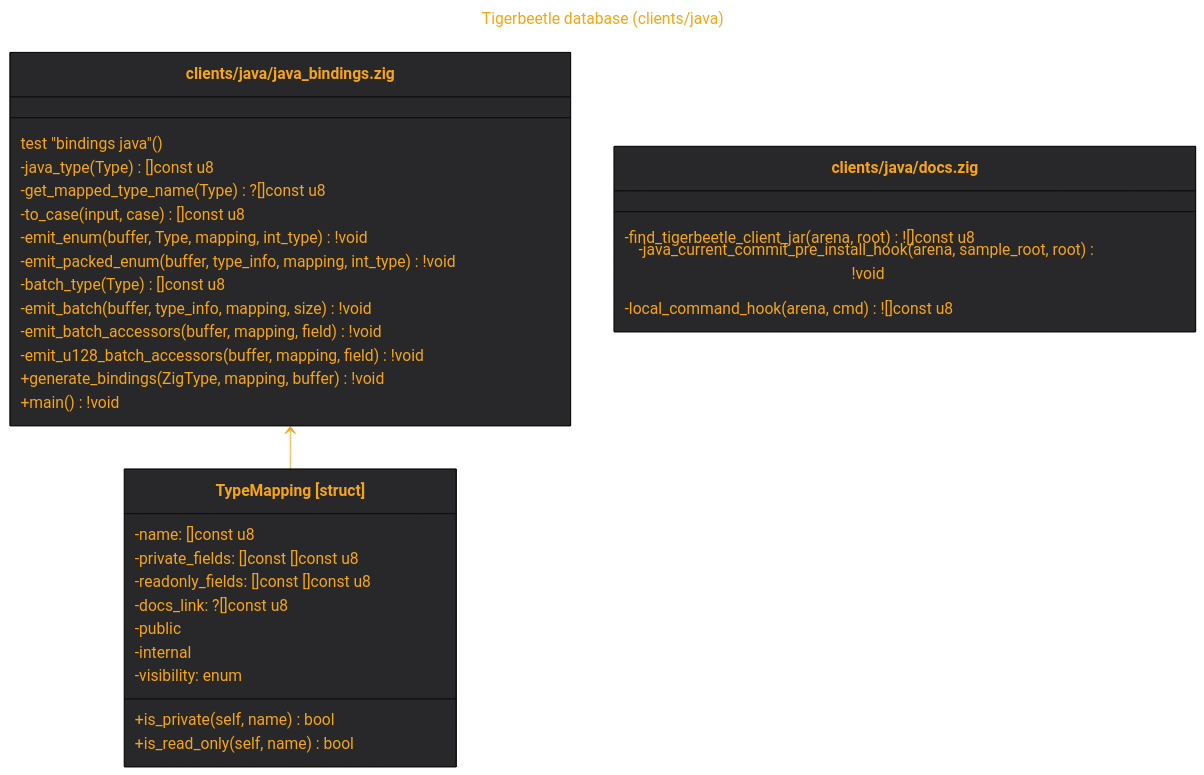
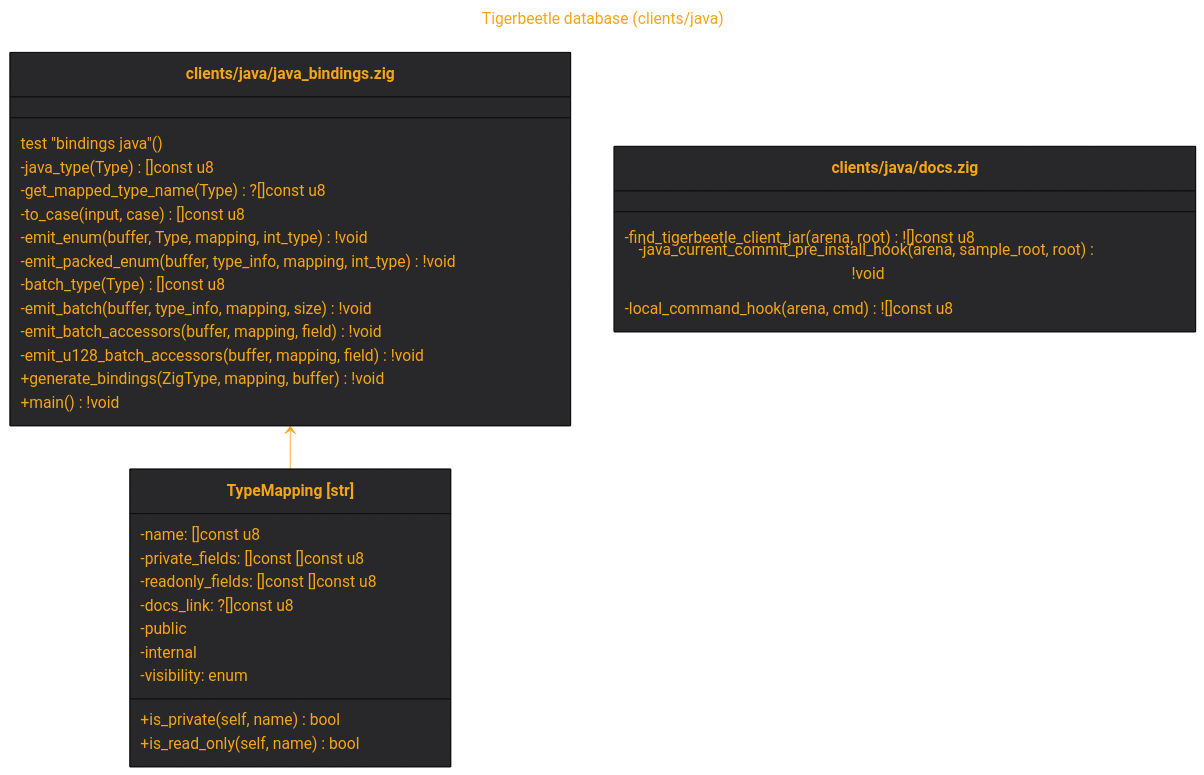
One commit to tensorush/meduza changed the diagram in out/src.clients.java.md. Above: the diagram before and after it, drawn with Mermaid. The commit also changed 17 other files, not shown here.

````diff
--- a/out/src.clients.java.md
+++ b/out/src.clients.java.md
@@ -1,52 +1,52 @@
 ```mermaid
 ---
 title: Tigerbeetle database (clients/java)
 ---
 %%{
     init: {
         'theme': 'base',
         'themeVariables': {
             'fontSize': '18px',
             'fontFamily': 'arial',
             'lineColor': '#F6A516',
             'primaryColor': '#28282B',
             'primaryTextColor': '#F6A516'
         }
     }
 }%%
 classDiagram
-class TypeMapping["TypeMapping [struct]"] {
+class TypeMapping["TypeMapping [str]"] {
     -name: []const u8
     -private_fields: []const []const u8
     -readonly_fields: []const []const u8
     -docs_link: ?[]const u8
     -public
     -internal
     -visibility: enum
     +is_private(self, name) bool
     +is_read_only(self, name) bool
 }
 link TypeMapping "https://github.com/tigerbeetle/tigerbeetle/blob/main/src/clients/java/java_bindings.zig#L10"
 class `clients/java/java_bindings.zig` {
     test "bindings java"()
     -java_type(Type) []const u8
     -get_mapped_type_name(Type) ?[]const u8
     -to_case(input, case) []const u8
     -emit_enum(buffer, Type, mapping, int_type) !void
     -emit_packed_enum(buffer, type_info, mapping, int_type) !void
     -batch_type(Type) []const u8
     -emit_batch(buffer, type_info, mapping, size) !void
     -emit_batch_accessors(buffer, mapping, field) !void
     -emit_u128_batch_accessors(buffer, mapping, field) !void
     +generate_bindings(ZigType, mapping, buffer) !void
     +main() !void
 }
 `clients/java/java_bindings.zig` <-- TypeMapping
 link `clients/java/java_bindings.zig` "https://github.com/tigerbeetle/tigerbeetle/blob/main/src/clients/java/java_bindings.zig"
 class `clients/java/docs.zig` {
     -find_tigerbeetle_client_jar(arena, root) ![]const u8
     -java_current_commit_pre_install_hook(arena, sample_root, root) !void
     -local_command_hook(arena, cmd) ![]const u8
 }
 link `clients/java/docs.zig` "https://github.com/tigerbeetle/tigerbeetle/blob/main/src/clients/java/docs.zig"
 ```
````
